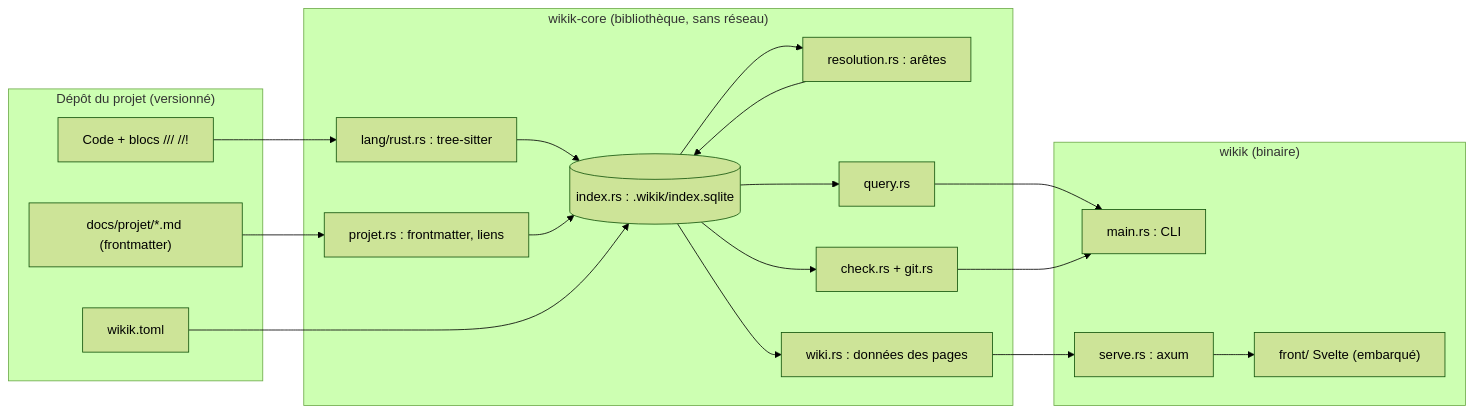
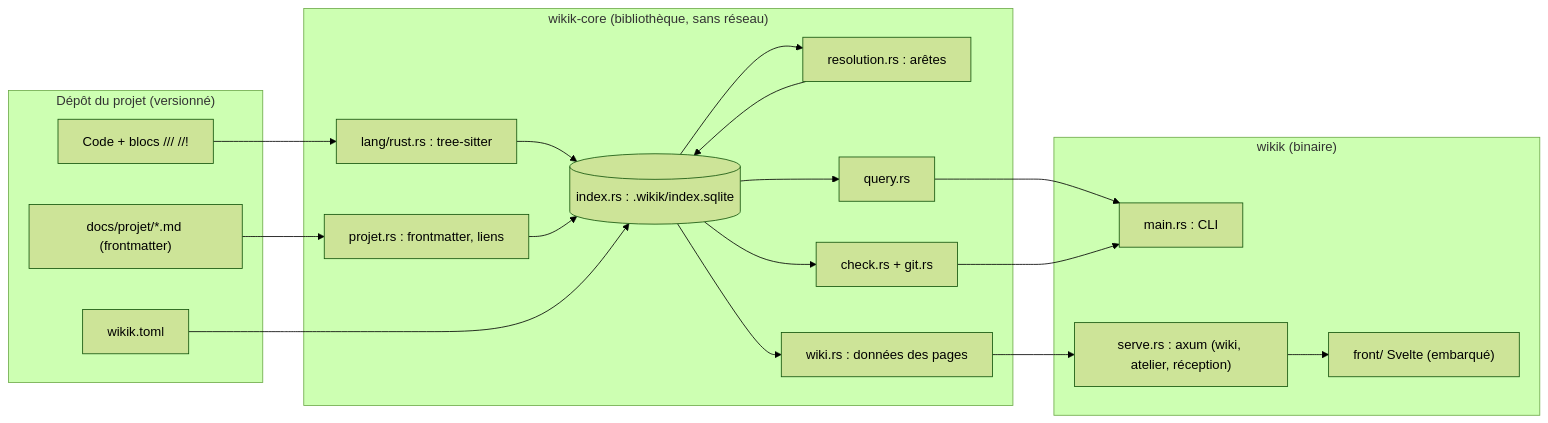
One commit to tiboul12/wikiLLM_sk changed the diagram in docs/projet/architecture.md. Above: the diagram before and after it, drawn with Mermaid (forest theme). The commit also changed 47 other files, not shown here.

````diff
--- a/docs/projet/architecture.md
+++ b/docs/projet/architecture.md
@@ -16,30 +16,30 @@
 ```mermaid
 flowchart LR
   subgraph Depot["Dépôt du projet (versionné)"]
     SRC["Code + blocs /// //!"]
     PROJ["docs/projet/*.md (frontmatter)"]
     CFG["wikik.toml"]
   end
   subgraph Core["wikik-core (bibliothèque, sans réseau)"]
     LANG["lang/rust.rs : tree-sitter"]
     PRJ["projet.rs : frontmatter, liens"]
     IDX[("index.rs : .wikik/index.sqlite")]
     RES["resolution.rs : arêtes"]
     CHK["check.rs + git.rs"]
     QRY["query.rs"]
     WIKI["wiki.rs : données des pages"]
   end
   subgraph Bin["wikik (binaire)"]
     CLI["main.rs : CLI"]
-    SRV["serve.rs : axum"]
+    SRV["serve.rs : axum (wiki, atelier, réception)"]
     FRONT["front/ Svelte (embarqué)"]
   end
   SRC --> LANG --> IDX
   PROJ --> PRJ --> IDX
   CFG --> IDX
   IDX --> RES --> IDX
   IDX --> CHK
   IDX --> QRY --> CLI
   CHK --> CLI
   IDX --> WIKI --> SRV --> FRONT
 ```
````
